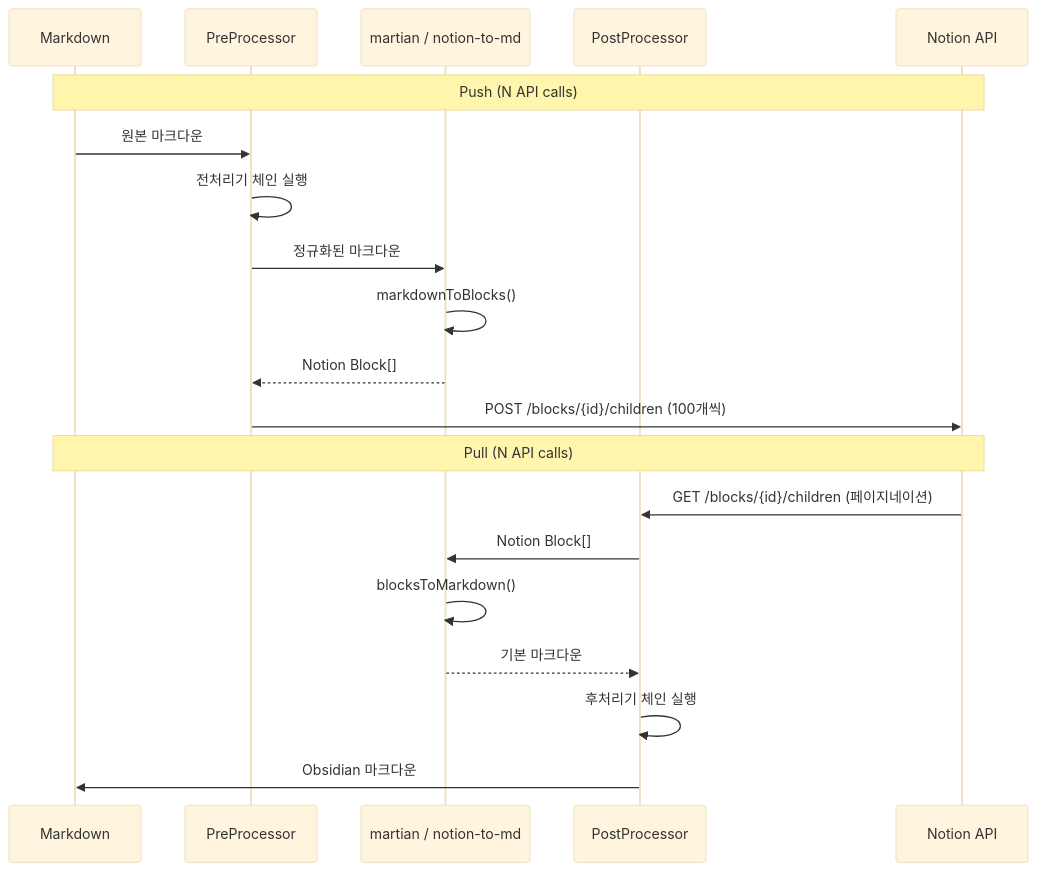
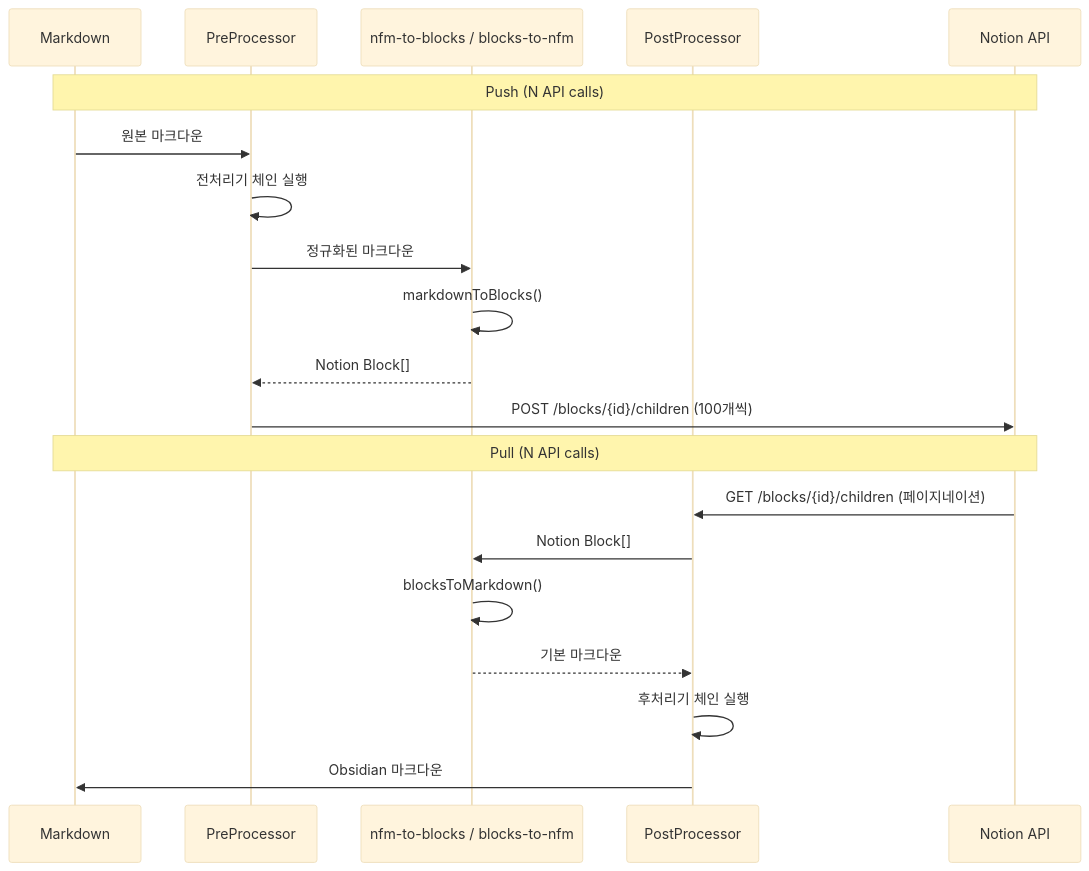
The third of 5 diagrams in docs/02-architecture/CONVERSION_PIPELINE.md (JaylenAI/Im-Nobsidian), drawn with Mermaid (base theme) before and after one commit. The commit also changed other lines of this file and 8 other files, not shown here.

````diff
--- a/docs/02-architecture/CONVERSION_PIPELINE.md
+++ b/docs/02-architecture/CONVERSION_PIPELINE.md
@@ -91,24 +96,24 @@
 ```mermaid
 sequenceDiagram
     participant MD as Markdown
     participant PRE as PreProcessor
-    participant LIB as martian / notion-to-md
+    participant LIB as nfm-to-blocks / blocks-to-nfm
     participant POST as PostProcessor
     participant API as Notion API
 
     Note over MD,API: Push (N API calls)
     MD->>PRE: 원본 마크다운
     PRE->>PRE: 전처리기 체인 실행
     PRE->>LIB: 정규화된 마크다운
     LIB->>LIB: markdownToBlocks()
     LIB-->>PRE: Notion Block[]
     PRE->>API: POST /blocks/{id}/children (100개씩)
 
     Note over API,MD: Pull (N API calls)
     API->>POST: GET /blocks/{id}/children (페이지네이션)
     POST->>LIB: Notion Block[]
     LIB->>LIB: blocksToMarkdown()
     LIB-->>POST: 기본 마크다운
     POST->>POST: 후처리기 체인 실행
     POST->>MD: Obsidian 마크다운
 ```
````
